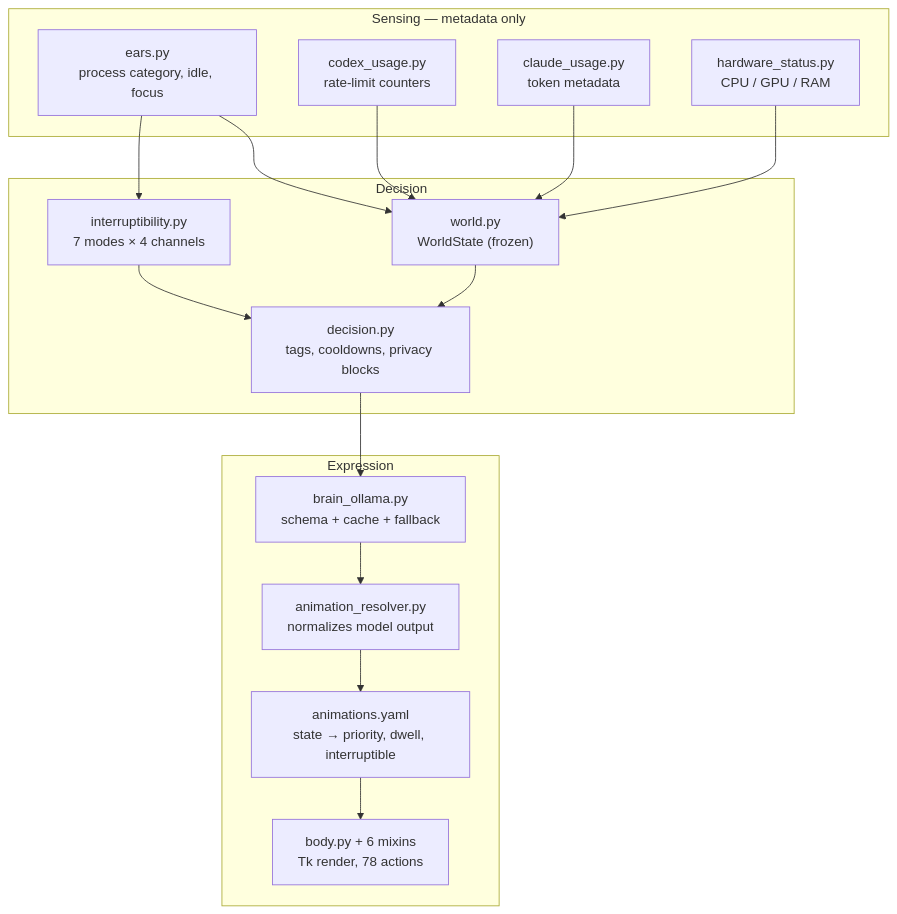
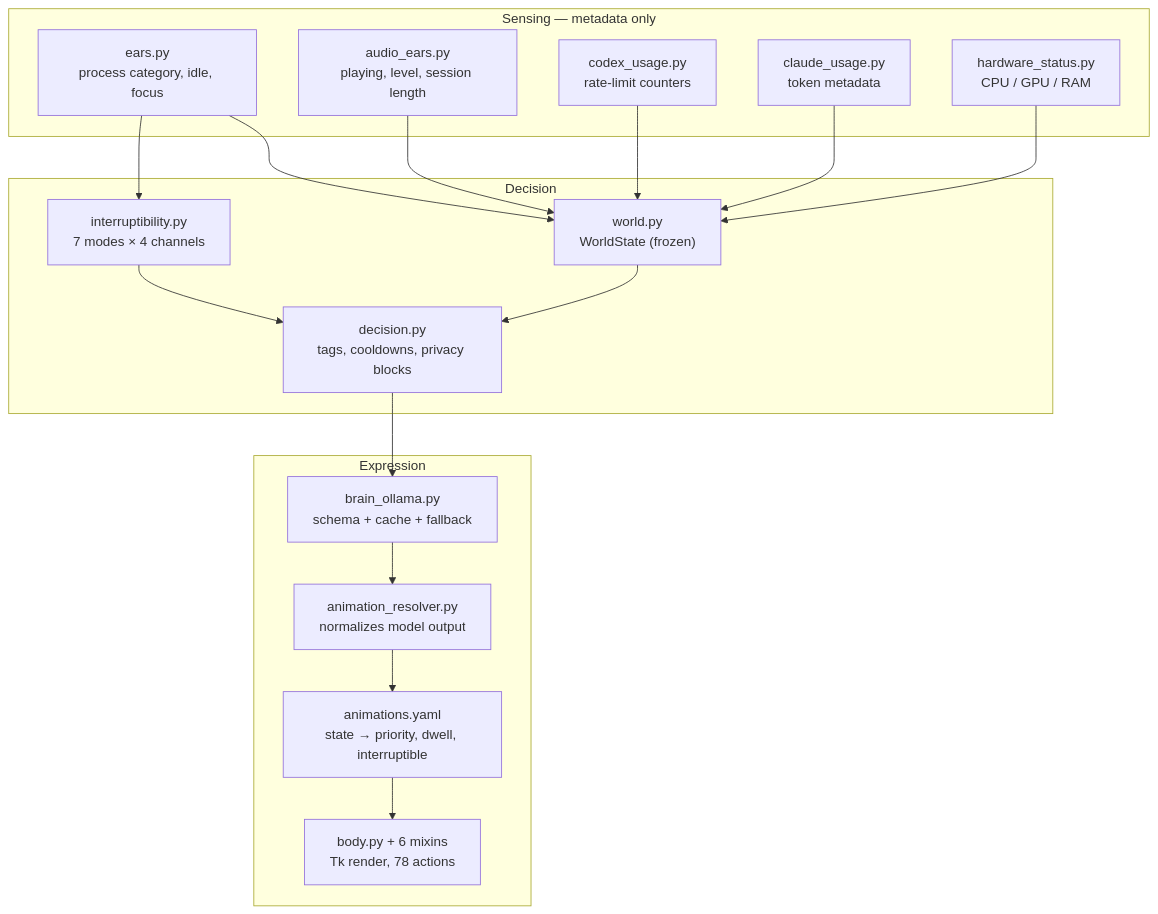
Before and after one commit to cloudinjun/jiajia: the diagram in README.md, drawn with Mermaid. The commit also changed other lines of this file and 5 other files, not shown here.

First line of the commit message:
Draw the architecture a second way, for readers the module graph loses

````diff
--- a/README.md
+++ b/README.md
@@ -132,34 +132,36 @@
 ```mermaid
 flowchart TB
     subgraph sense["Sensing — metadata only"]
         ears["ears.py<br/>process category, idle, focus"]
+        audio["audio_ears.py<br/>playing, level, session length"]
         codex["codex_usage.py<br/>rate-limit counters"]
         claude["claude_usage.py<br/>token metadata"]
         hw["hardware_status.py<br/>CPU / GPU / RAM"]
     end
 
     subgraph decide["Decision"]
         world["world.py<br/>WorldState (frozen)"]
         interrupt["interruptibility.py<br/>7 modes × 4 channels"]
         decision["decision.py<br/>tags, cooldowns, privacy blocks"]
     end
 
     subgraph express["Expression"]
         resolver["animation_resolver.py<br/>normalizes model output"]
         brain["brain_ollama.py<br/>schema + cache + fallback"]
         anim["animations.yaml<br/>state → priority, dwell, interruptible"]
         body["body.py + 6 mixins<br/>Tk render, 78 actions"]
     end
 
     ears --> world
+    audio --> world
     codex --> world
     claude --> world
     hw --> world
     world --> decision
     ears --> interrupt
     interrupt --> decision
     decision --> brain
     brain --> resolver
     resolver --> anim
     anim --> body
 ```
````
